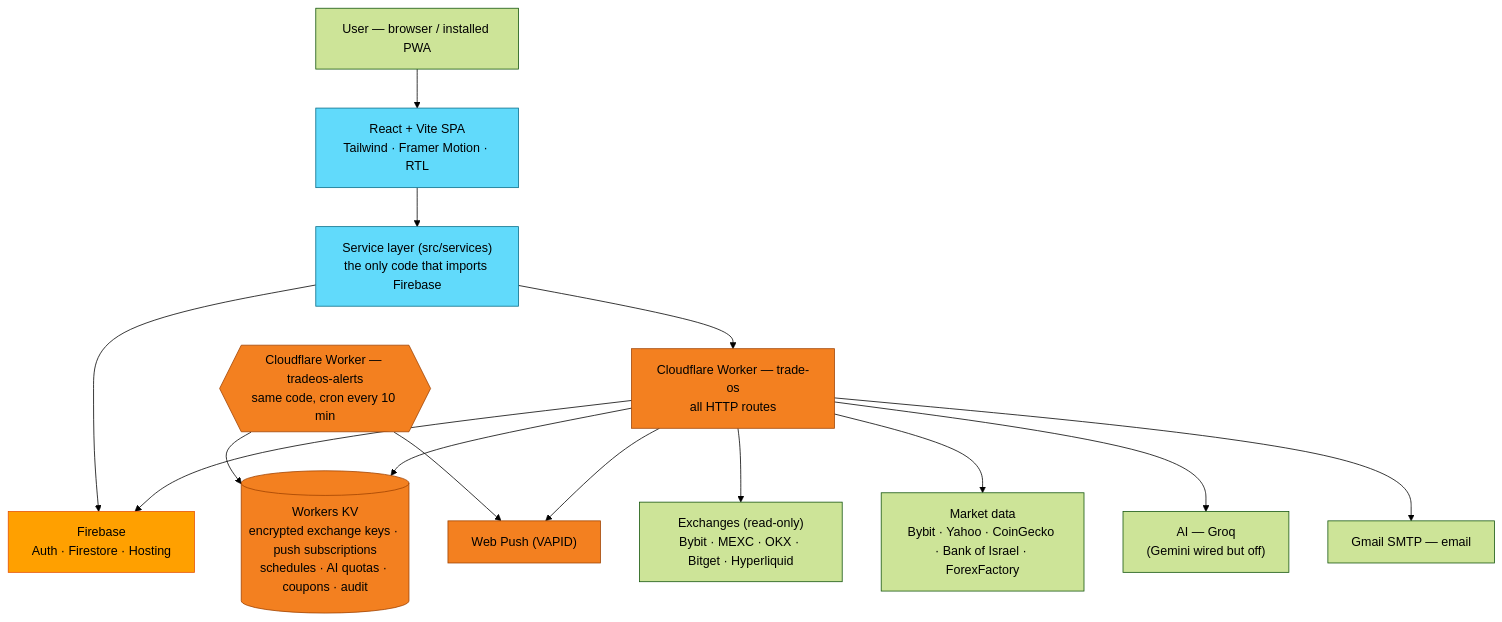
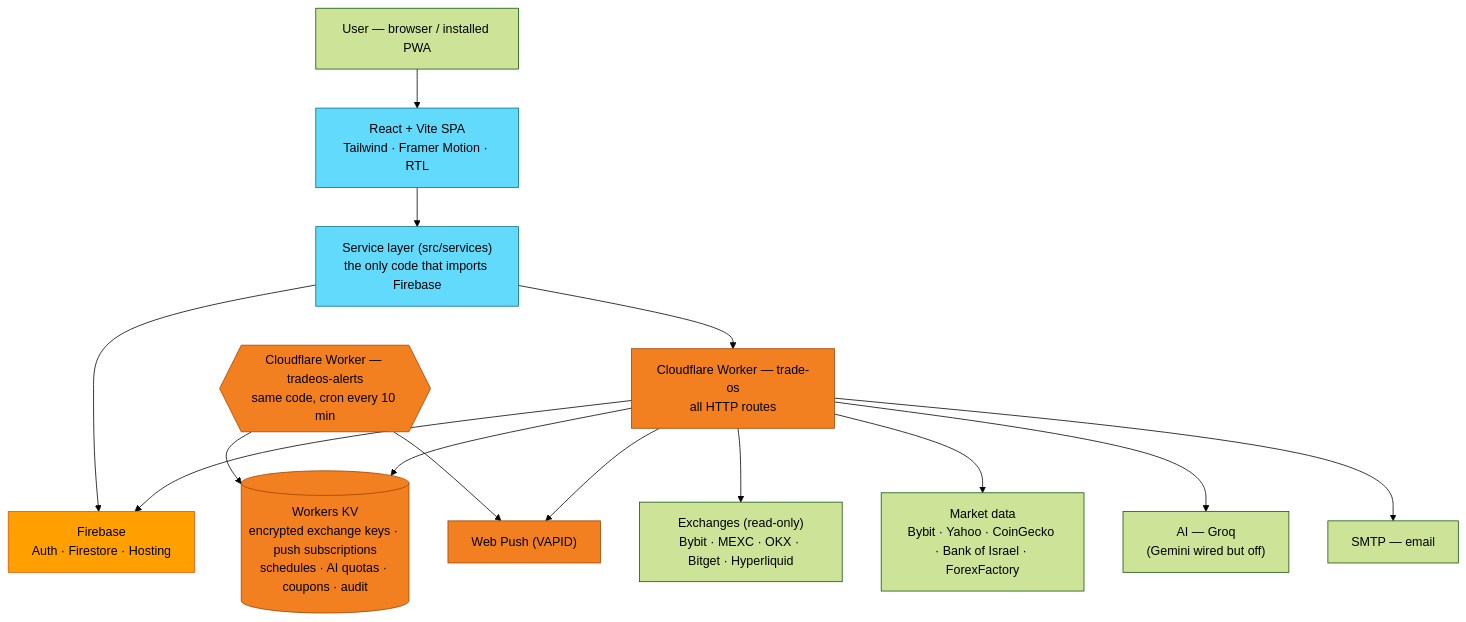
Before and after one commit to aviniazov7/TradeOS: the diagram in README.md, drawn with Mermaid (forest theme). The commit also changed other lines of this file and 15 other files, not shown here.

````diff
--- a/README.md
+++ b/README.md
@@ -92,26 +96,26 @@
 ```mermaid
 flowchart TD
     user["User — browser / installed PWA"] --> spa["React + Vite SPA<br/>Tailwind · Framer Motion · RTL"]
 
     spa --> svc["Service layer (src/services)<br/>the only code that imports Firebase"]
     svc --> fb["Firebase<br/>Auth · Firestore · Hosting"]
     svc --> w["Cloudflare Worker — trade-os<br/>all HTTP routes"]
 
     cron{{"Cloudflare Worker — tradeos-alerts<br/>same code, cron every 10 min"}} --> kv
     w --> kv[("Workers KV<br/>encrypted exchange keys · push subscriptions<br/>schedules · AI quotas · coupons · audit")]
     w --> fb
     cron --> push
     w --> push["Web Push (VAPID)"]
 
     w --> ex["Exchanges (read-only)<br/>Bybit · MEXC · OKX · Bitget · Hyperliquid"]
     w --> data["Market data<br/>Bybit · Yahoo · CoinGecko · Bank of Israel · ForexFactory"]
     w --> ai["AI — Groq<br/>(Gemini wired but off)"]
-    w --> mail["Gmail SMTP — email"]
+    w --> mail["SMTP — email"]
 
     classDef firebase fill:#FFA000,stroke:#E65100,color:#000
     classDef cloudflare fill:#F38020,stroke:#A04200,color:#000
     classDef react fill:#61DAFB,stroke:#0A6E89,color:#000
     class fb firebase
     class w,cron,kv,push cloudflare
     class spa,svc react
 ```
````
